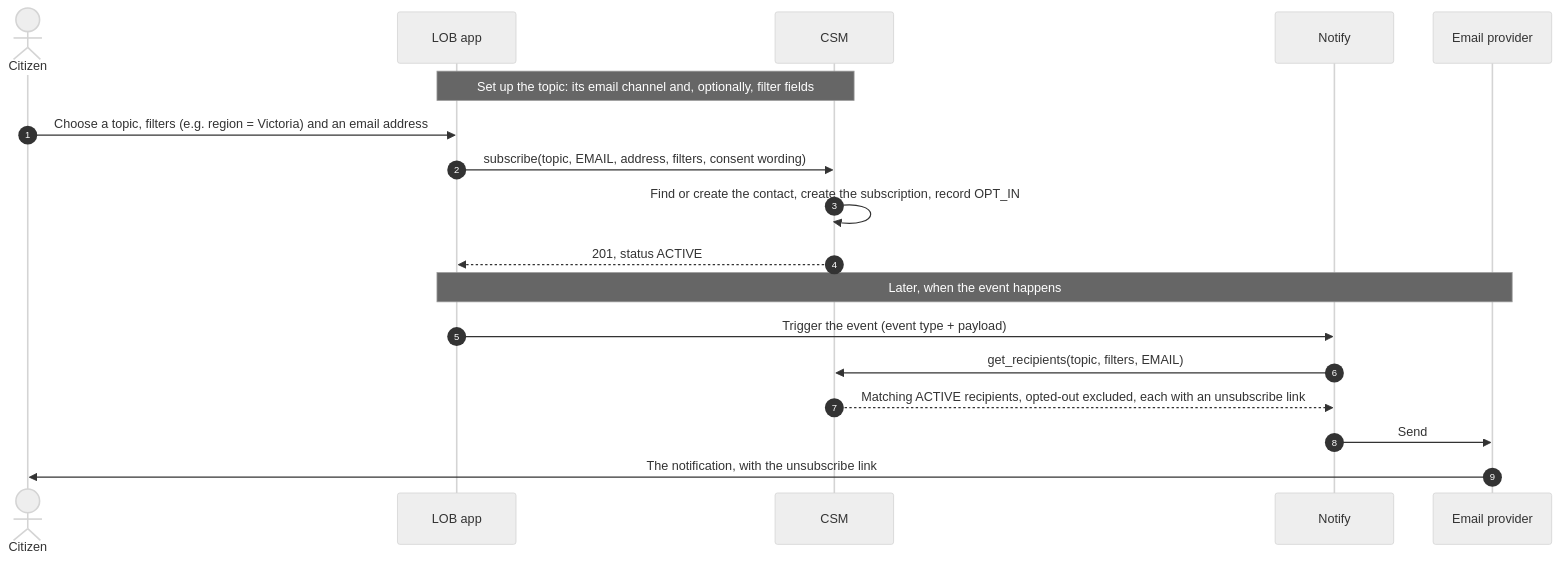
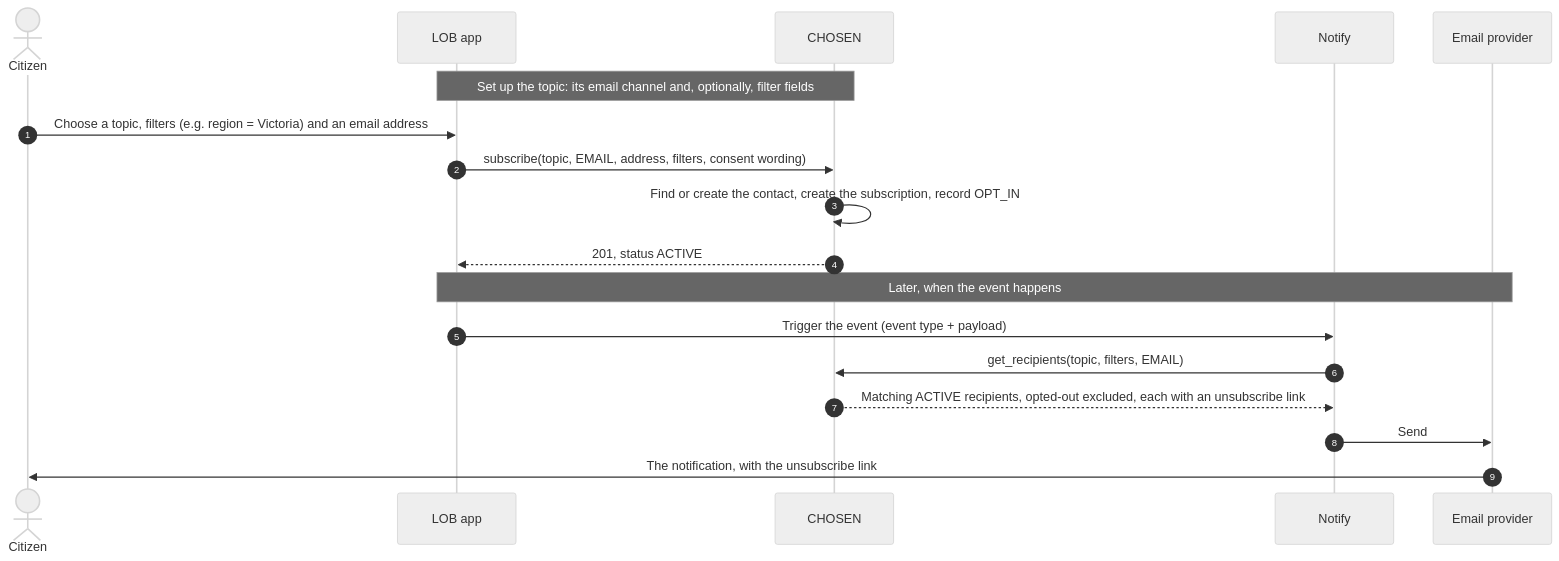
Before and after one commit to bcgov/common-subscription-manager: the first of 7 diagrams in README.md, drawn with Mermaid (neutral theme). The commit also changed other lines of this file and 9 other files, not shown here.

````diff
--- a/README.md
+++ b/README.md
@@ -55,23 +55,23 @@
 ```mermaid
 sequenceDiagram
     autonumber
     actor Citizen
     participant LOB as LOB app
-    participant CSM
+    participant CHOSEN
     participant Notify
     participant Provider as Email provider
 
-    Note over LOB,CSM: Set up the topic: its email channel and, optionally, filter fields
+    Note over LOB,CHOSEN: Set up the topic: its email channel and, optionally, filter fields
 
     Citizen->>LOB: Choose a topic, filters (e.g. region = Victoria) and an email address
-    LOB->>CSM: subscribe(topic, EMAIL, address, filters, consent wording)
-    CSM->>CSM: Find or create the contact, create the subscription, record OPT_IN
-    CSM-->>LOB: 201, status ACTIVE
+    LOB->>CHOSEN: subscribe(topic, EMAIL, address, filters, consent wording)
+    CHOSEN->>CHOSEN: Find or create the contact, create the subscription, record OPT_IN
+    CHOSEN-->>LOB: 201, status ACTIVE
 
     Note over LOB,Provider: Later, when the event happens
     LOB->>Notify: Trigger the event (event type + payload)
-    Notify->>CSM: get_recipients(topic, filters, EMAIL)
-    CSM-->>Notify: Matching ACTIVE recipients, opted-out excluded, each with an unsubscribe link
+    Notify->>CHOSEN: get_recipients(topic, filters, EMAIL)
+    CHOSEN-->>Notify: Matching ACTIVE recipients, opted-out excluded, each with an unsubscribe link
     Notify->>Provider: Send
     Provider->>Citizen: The notification, with the unsubscribe link
 ```
````
